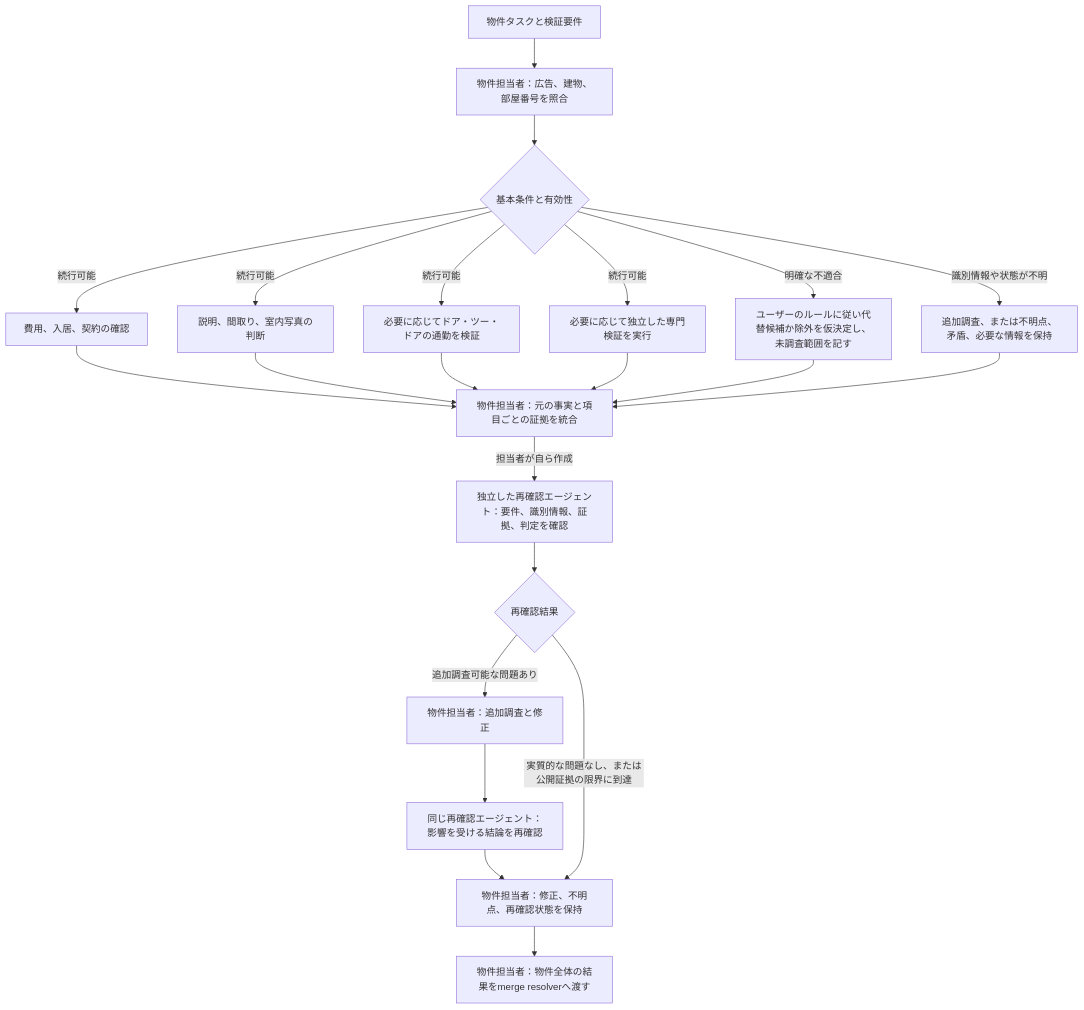
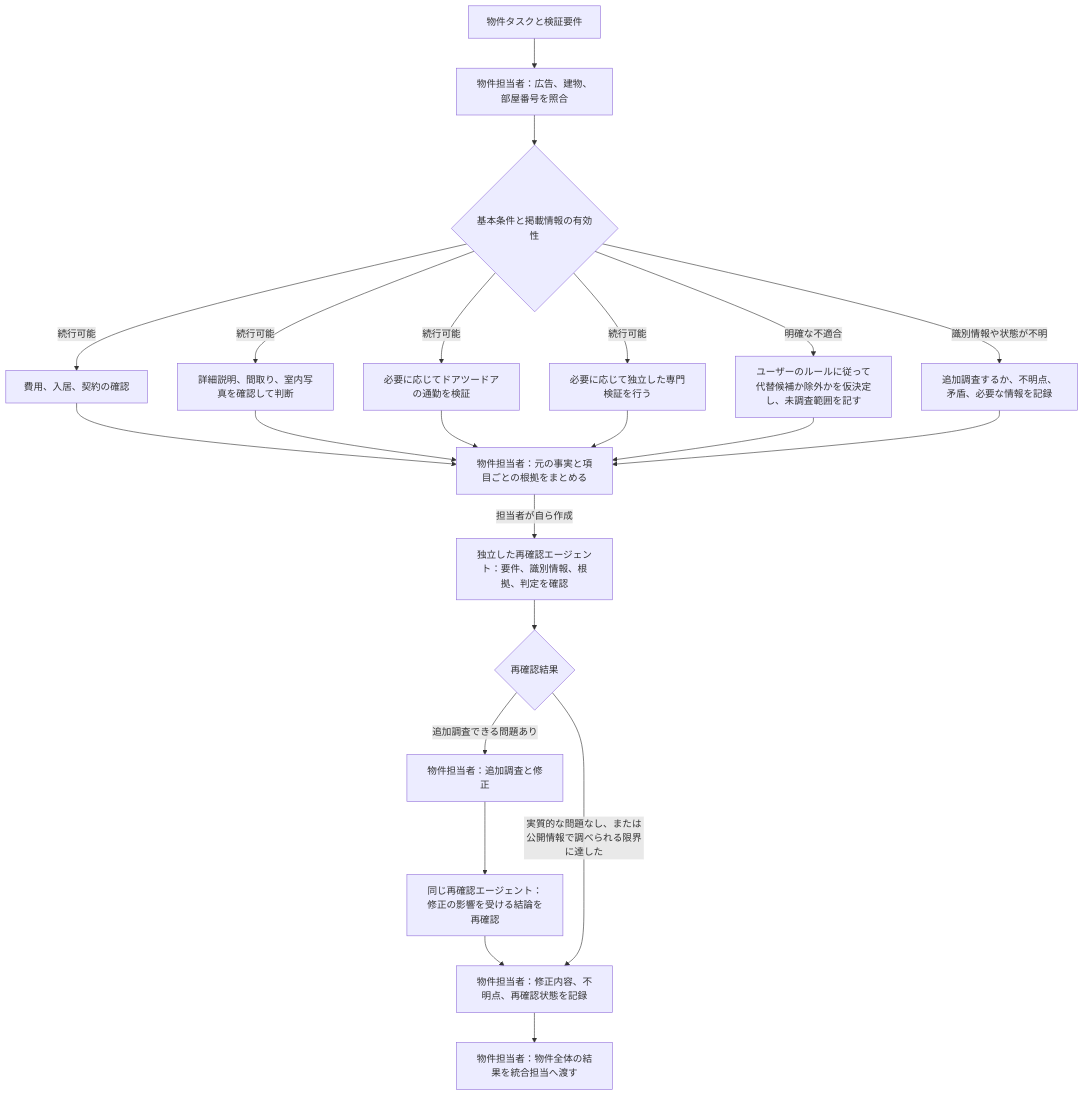
Before and after one commit to LUOXIAO92/find-rental-in-japan-skills: the second of 2 diagrams in find-japan-rentals/references/workflow.md, drawn with Mermaid. The commit also changed other lines of this file and 15 other files, not shown here.

````diff
--- a/find-japan-rentals/references/workflow.md
+++ b/find-japan-rentals/references/workflow.md
@@ -36,24 +38,24 @@
 ```mermaid
 flowchart TD
     I[物件タスクと検証要件] --> A[物件担当者：広告、建物、部屋番号を照合]
-    A --> B{基本条件と有効性}
+    A --> B{基本条件と掲載情報の有効性}
     B -->|続行可能| C[費用、入居、契約の確認]
-    B -->|続行可能| D[説明、間取り、室内写真の判断]
-    B -->|続行可能| E[必要に応じてドア・ツー・ドアの通勤を検証]
-    B -->|続行可能| F[必要に応じて独立した専門検証を実行]
-    C --> G[物件担当者：元の事実と項目ごとの証拠を統合]
+    B -->|続行可能| D[詳細説明、間取り、室内写真を確認して判断]
+    B -->|続行可能| E[必要に応じてドアツードアの通勤を検証]
+    B -->|続行可能| F[必要に応じて独立した専門検証を行う]
+    C --> G[物件担当者：元の事実と項目ごとの根拠をまとめる]
     D --> G
     E --> G
     F --> G
-    B -->|明確な不適合| H[ユーザーのルールに従い代替候補か除外を仮決定し、未調査範囲を記す]
-    B -->|識別情報や状態が不明| K[追加調査、または不明点、矛盾、必要な情報を保持]
+    B -->|明確な不適合| H[ユーザーのルールに従って代替候補か除外かを仮決定し、未調査範囲を記す]
+    B -->|識別情報や状態が不明| K[追加調査するか、不明点、矛盾、必要な情報を記録]
     H --> G
     K --> G
-    G -->|担当者が自ら作成| R[独立した再確認エージェント：要件、識別情報、証拠、判定を確認]
+    G -->|担当者が自ら作成| R[独立した再確認エージェント：要件、識別情報、根拠、判定を確認]
     R --> J{再確認結果}
-    J -->|追加調査可能な問題あり| P[物件担当者：追加調査と修正]
-    P --> R2[同じ再確認エージェント：影響を受ける結論を再確認]
-    R2 --> N[物件担当者：修正、不明点、再確認状態を保持]
-    J -->|実質的な問題なし、または公開証拠の限界に到達| N
-    N --> O[物件担当者：物件全体の結果をmerge resolverへ渡す]
+    J -->|追加調査できる問題あり| P[物件担当者：追加調査と修正]
+    P --> R2[同じ再確認エージェント：修正の影響を受ける結論を再確認]
+    R2 --> N[物件担当者：修正内容、不明点、再確認状態を記録]
+    J -->|実質的な問題なし、または公開情報で調べられる限界に達した| N
+    N --> O[物件担当者：物件全体の結果を統合担当へ渡す]
 ```
````
